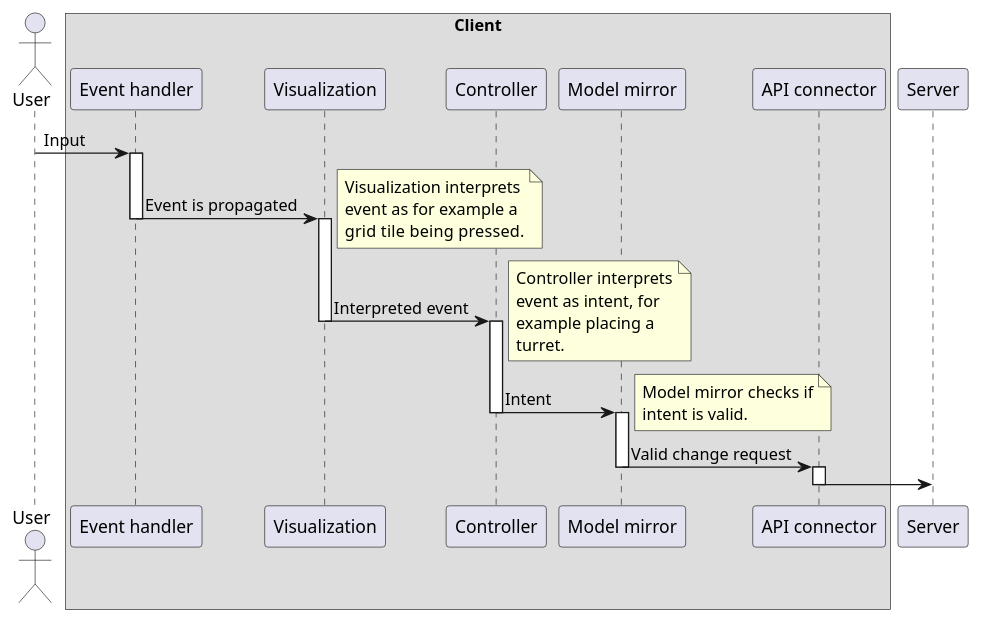
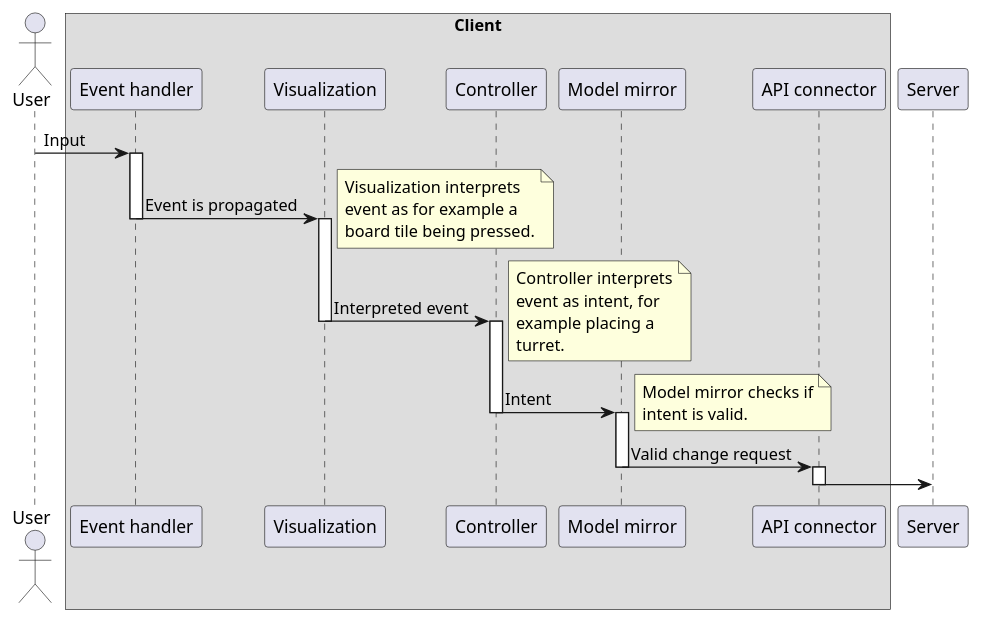
The diagram in Process/Sequence/Input.puml (SWA-group-1/PlantUML), drawn with PlantUML before and after one commit. The commit also changed 1 other file, not shown here.

Commit message:
Corrected spelling in Process sequence input view.

```diff
--- a/Process/Sequence/Input.puml
+++ b/Process/Sequence/Input.puml
@@ -1,51 +1,51 @@
 @startuml
 'https://plantuml.com/sequence-diagram
 
 actor "User" as user
 box "Client"
     participant "Event handler" as event
     participant "Visualization" as visualization
     participant "Controller" as controller
     participant "Model mirror" as mirror
     participant "API connector" as connector
 end box
 participant "Server" as server
 
 user -> event : Input
 
 activate event
 event -> visualization : Event is propagated
 deactivate event
 
 activate visualization
 note right
     Visualization interprets
     event as for example a
-    grid tile  being pressed.
+    board tile being pressed.
 end note
 visualization -> controller : Interpreted event
 deactivate visualization
 
 activate controller
 note right
     Controller interprets
     event as intent, for
     example placing a
     turret.
 end note
 controller -> mirror : Intent
 deactivate controller
 
 activate mirror
 note right
     Model mirror checks if
     intent is valid.
 end note
 mirror -> connector : Valid change request
 deactivate mirror
 
 activate connector
 connector -> server
 deactivate connector
 
 @enduml
```
